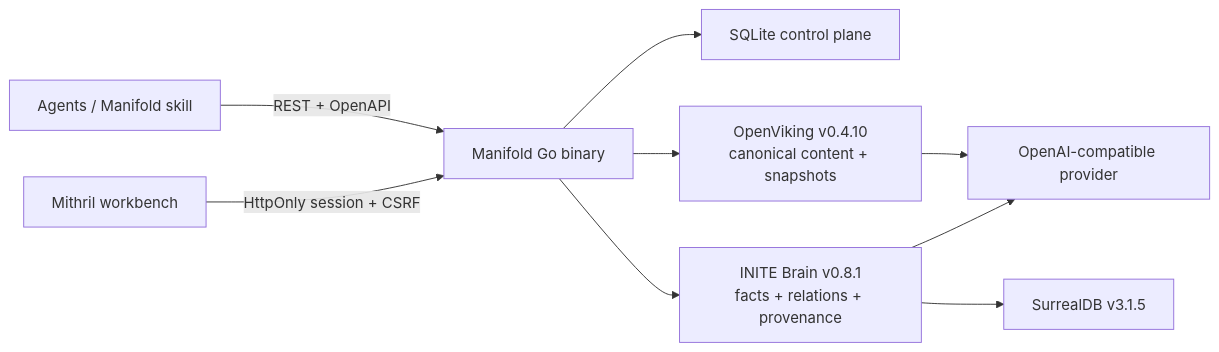
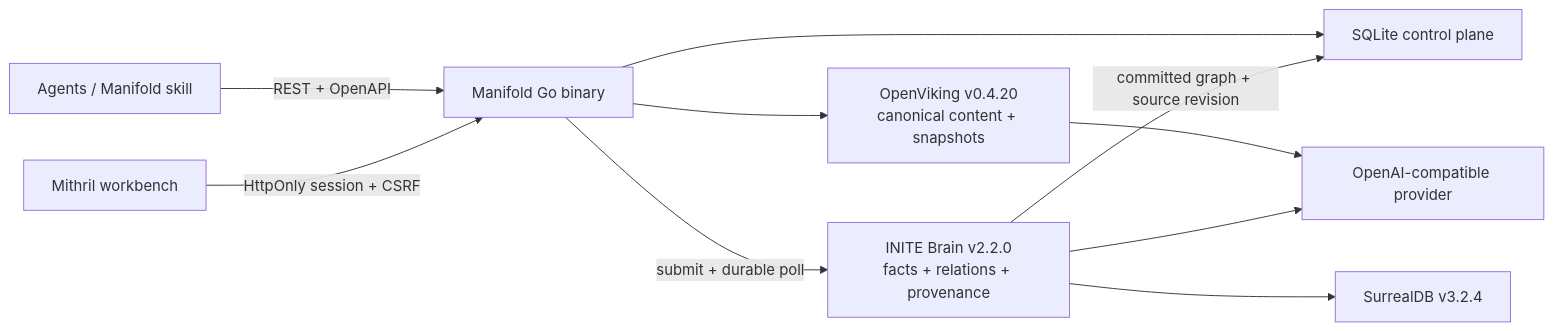
The diagram in README.md (iamwavecut/Manifold), drawn with Mermaid before and after one commit. The commit also changed other lines of this file and 73 other files, not shown here.

````diff
--- a/README.md
+++ b/README.md
@@ -127,11 +129,12 @@
 ```mermaid
 flowchart LR
     Agent["Agents / Manifold skill"] -->|"REST + OpenAPI"| API["Manifold Go binary"]
     Browser["Mithril workbench"] -->|"HttpOnly session + CSRF"| API
     API --> SQLite["SQLite control plane"]
-    API --> OV["OpenViking v0.4.10\ncanonical content + snapshots"]
-    API --> Brain["INITE Brain v0.8.1\nfacts + relations + provenance"]
-    Brain --> Surreal["SurrealDB v3.1.5"]
+    API --> OV["OpenViking v0.4.20\ncanonical content + snapshots"]
+    API -->|"submit + durable poll"| Brain["INITE Brain v2.2.0\nfacts + relations + provenance"]
+    Brain --> Surreal["SurrealDB v3.2.4"]
+    Brain -->|"committed graph + source revision"| SQLite
     OV --> Provider["OpenAI-compatible provider"]
     Brain --> Provider
 ```
````
